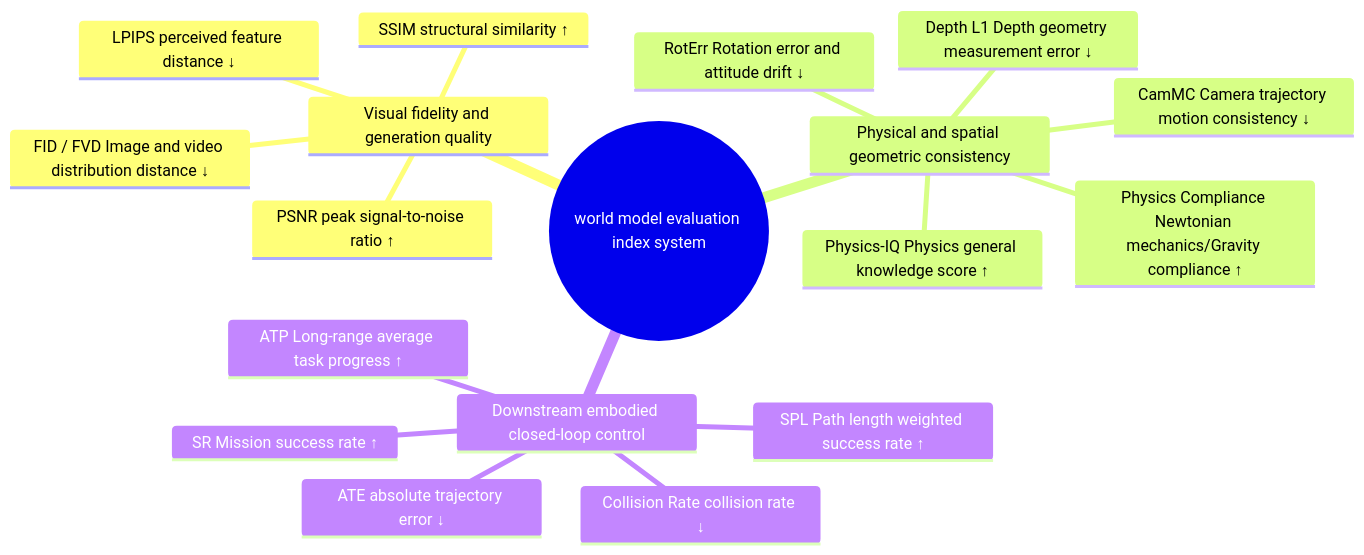
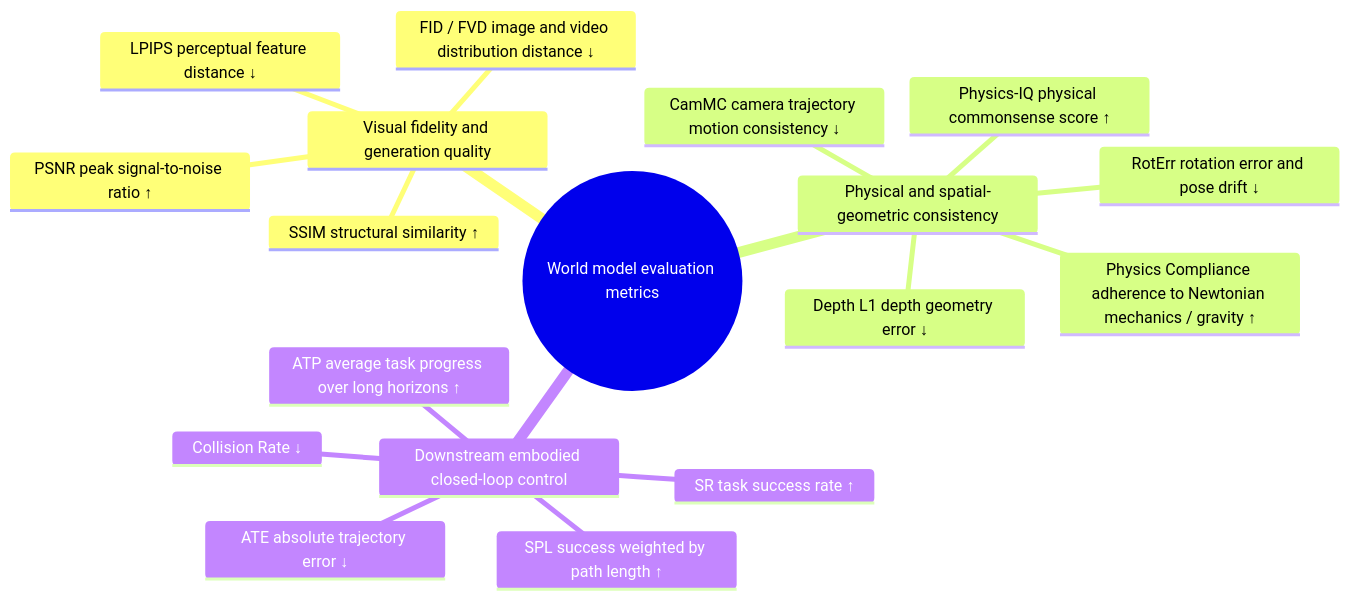
One commit to TingdeLiu/tingdeliu.github.io changed the tenth of 11 diagrams in _translations/en/research/World-Models-Survey.md. Above: the diagram before and after it, drawn with Mermaid. The commit also changed other lines of this file and 51 other files, not shown here.

````diff
--- a/_translations/en/research/World-Models-Survey.md
+++ b/_translations/en/research/World-Models-Survey.md
@@ -2721,21 +2721,21 @@
 ```mermaid
 mindmap
-  root((world model evaluation index system))
+  root((World model evaluation metrics))
     Visual fidelity and generation quality
       PSNR peak signal-to-noise ratio ↑
       SSIM structural similarity ↑
-      LPIPS perceived feature distance ↓
-      FID / FVD Image and video distribution distance ↓
-    Physical and spatial geometric consistency
-      Physics-IQ Physics general knowledge score ↑
-      Physics Compliance Newtonian mechanics/Gravity compliance ↑
-      CamMC Camera trajectory motion consistency ↓
-      RotErr Rotation error and attitude drift ↓
-      Depth L1 Depth geometry measurement error ↓
+      LPIPS perceptual feature distance ↓
+      FID / FVD image and video distribution distance ↓
+    Physical and spatial-geometric consistency
+      Physics-IQ physical commonsense score ↑
+      Physics Compliance adherence to Newtonian mechanics / gravity ↑
+      CamMC camera trajectory motion consistency ↓
+      RotErr rotation error and pose drift ↓
+      Depth L1 depth geometry error ↓
     Downstream embodied closed-loop control
-      SR Mission success rate ↑
-      SPL Path length weighted success rate ↑
+      SR task success rate ↑
+      SPL success weighted by path length ↑
       ATE absolute trajectory error ↓
-      ATP Long-range average task progress ↑
-      Collision Rate collision rate ↓
+      ATP average task progress over long horizons ↑
+      Collision Rate ↓
 ```
````
